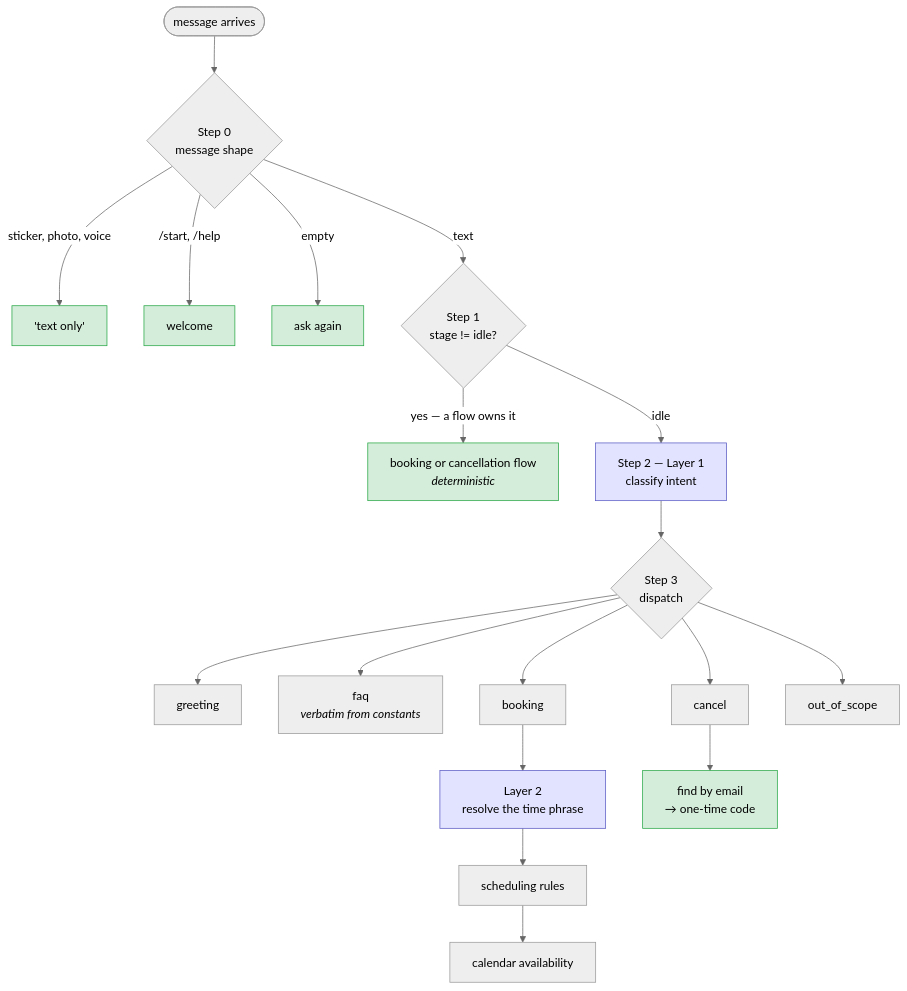
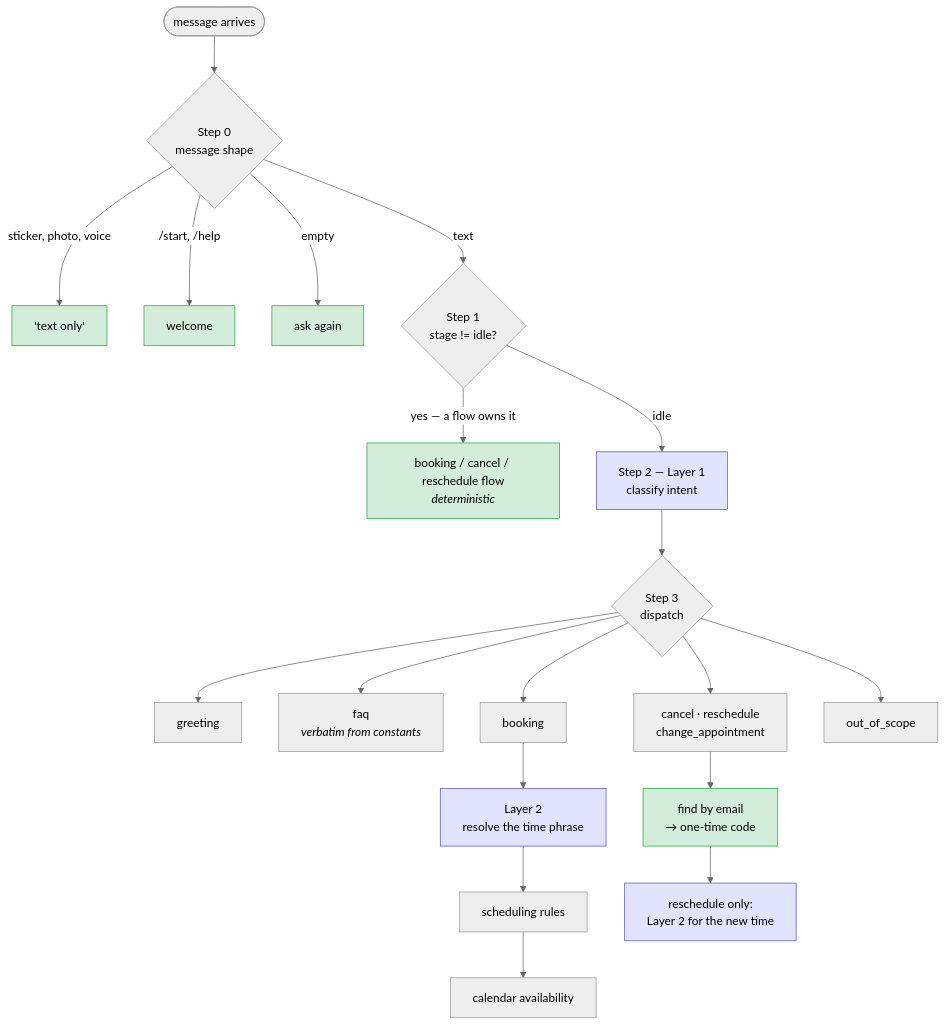
The second of 10 diagrams in README.md (0DevDutt0/BrightCare-Clinic-Bot), drawn with Mermaid (neutral theme) before and after one commit. The commit also changed other lines of this file and 20 other files, not shown here.

````diff
--- a/README.md
+++ b/README.md
@@ -112,31 +112,33 @@
 ```mermaid
 flowchart TD
     M([message arrives]) --> S0{"Step 0<br/>message shape"}
     S0 -->|sticker, photo, voice| A1["'text only'"]
     S0 -->|/start, /help| A2[welcome]
     S0 -->|empty| A3[ask again]
     S0 -->|text| S1{"Step 1<br/>stage != idle?"}
 
-    S1 -->|"yes — a flow owns it"| F["booking or cancellation flow<br/><i>deterministic</i>"]
+    S1 -->|"yes — a flow owns it"| F["booking / cancel / reschedule flow<br/><i>deterministic</i>"]
     S1 -->|idle| S2["Step 2 — Layer 1<br/>classify intent"]
 
     S2 --> S3{"Step 3<br/>dispatch"}
     S3 --> G[greeting]
     S3 --> Q["faq<br/><i>verbatim from constants</i>"]
     S3 --> B["booking"]
-    S3 --> N["cancel"]
+    S3 --> N["cancel · reschedule<br/>change_appointment"]
     S3 --> X[out_of_scope]
 
     B --> L2["Layer 2<br/>resolve the time phrase"]
     L2 --> V["scheduling rules"]
     V --> CAL["calendar availability"]
     N --> LK["find by email<br/>→ one-time code"]
+    LK --> RS["reschedule only:<br/>Layer 2 for the new time"]
 
     style A1 fill:#d4edda,stroke:#28a745,color:#000
     style A2 fill:#d4edda,stroke:#28a745,color:#000
     style A3 fill:#d4edda,stroke:#28a745,color:#000
     style F fill:#d4edda,stroke:#28a745,color:#000
     style LK fill:#d4edda,stroke:#28a745,color:#000
+    style RS fill:#e2e3ff,stroke:#5a5ac4,color:#000
     style S2 fill:#e2e3ff,stroke:#5a5ac4,color:#000
     style L2 fill:#e2e3ff,stroke:#5a5ac4,color:#000
 ```
````
